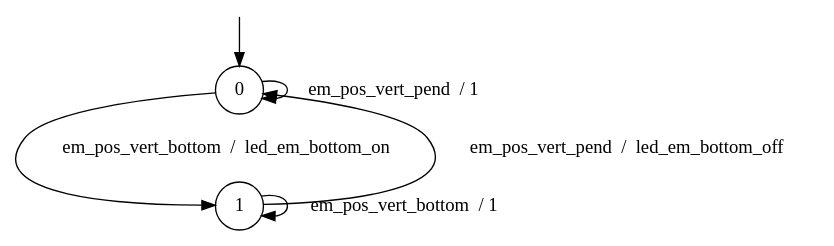
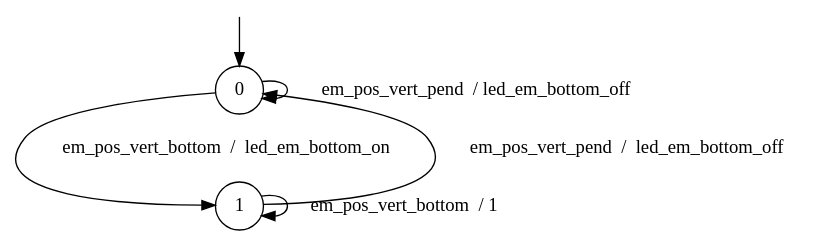
The diagram in Real-Tests/resources/Synchs/5/4_14_BCS_LED_EMB.dot (AryanBastani/SCL-Star), drawn with Graphviz before and after one commit. The commit also changed 15 other files, not shown here.

```diff
--- a/Real-Tests/resources/Synchs/5/4_14_BCS_LED_EMB.dot
+++ b/Real-Tests/resources/Synchs/5/4_14_BCS_LED_EMB.dot
@@ -1,13 +1,13 @@
 digraph g {
 
 	s0 [shape="circle" label="0"];
 	s1 [shape="circle" label="1"];
-	s0 -> s0 [label="em_pos_vert_pend  / 1"];
+	s0 -> s0 [label="em_pos_vert_pend  / led_em_bottom_off"];
 	s0 -> s1 [label="em_pos_vert_bottom  /  led_em_bottom_on"];
 	s1 -> s0 [label="em_pos_vert_pend  /  led_em_bottom_off"];
 	s1 -> s1 [label="em_pos_vert_bottom  / 1"];
 
 __start0 [label="" shape="none" width="0" height="0"];
 __start0 -> s0;
 
 }
```
